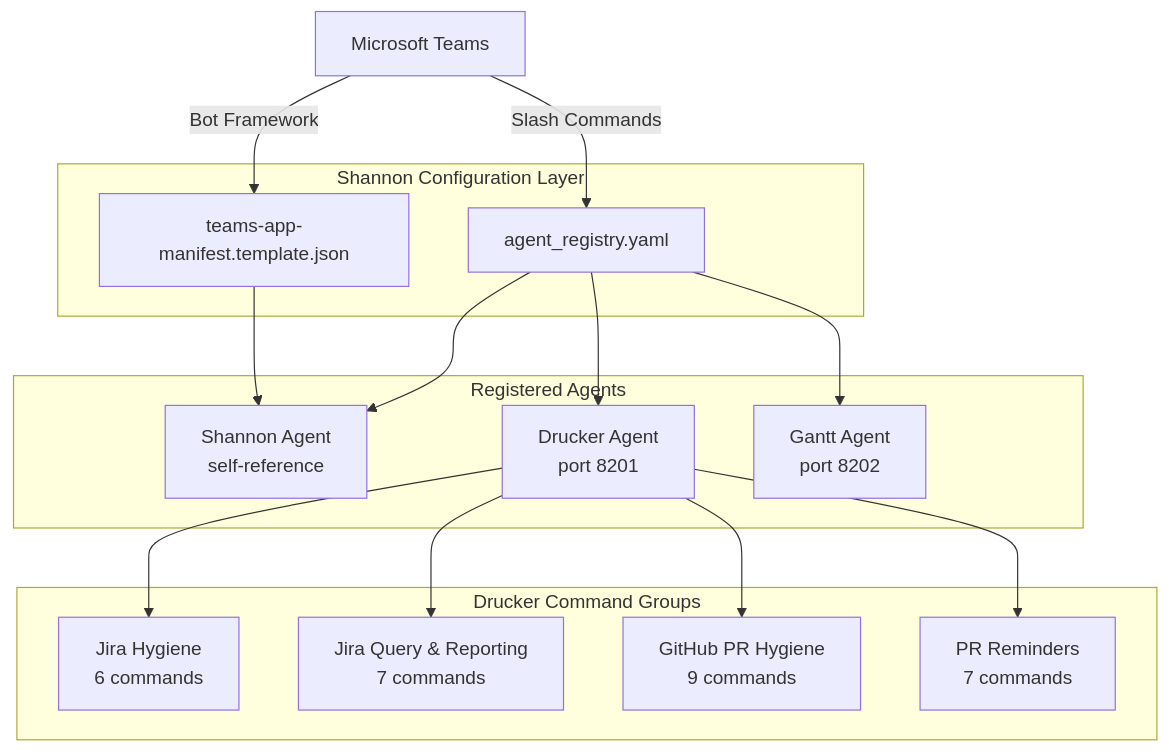
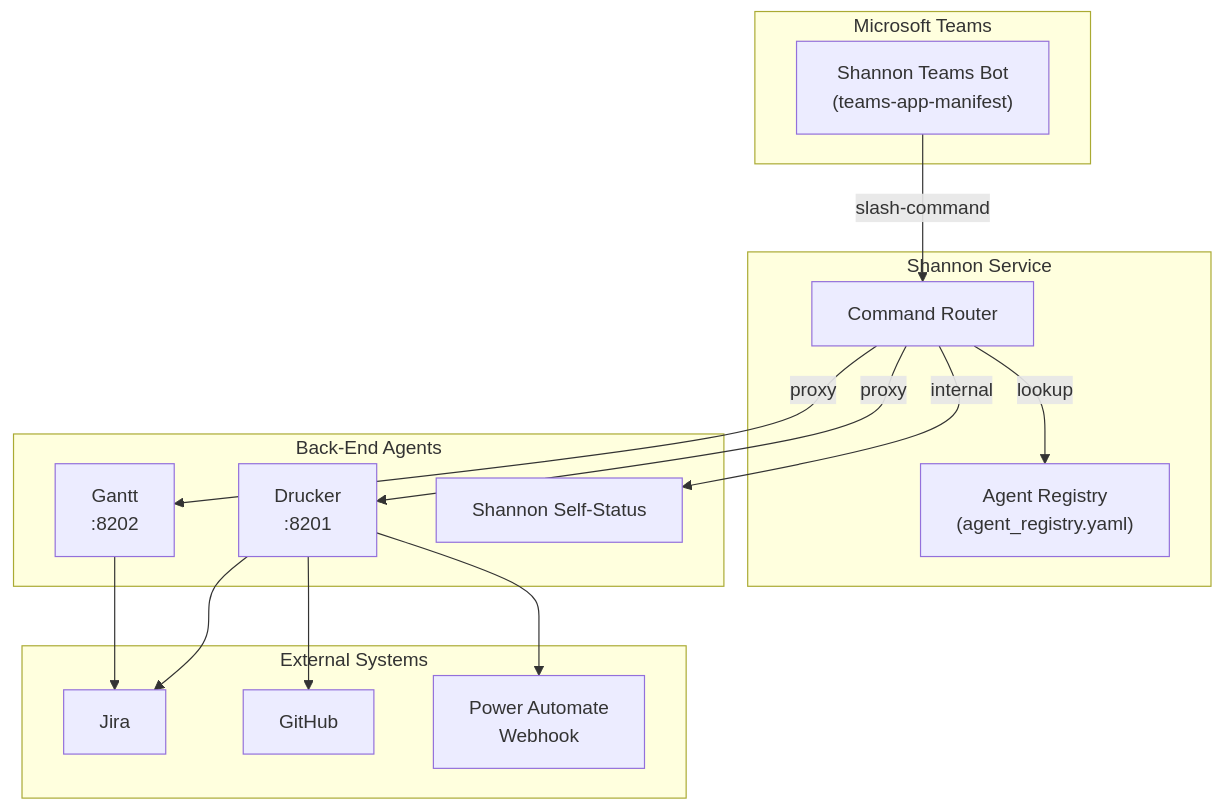
Before and after one commit to jmac-cornelis/agent-workforce: the first of 4 diagrams in docs/config-shannon.md, drawn with Mermaid. The commit also changed other lines of this file and 7 other files, not shown here.

````diff
--- a/docs/config-shannon.md
+++ b/docs/config-shannon.md
@@ -28,32 +28,33 @@
 ```mermaid
 graph TD
-    subgraph "Shannon Configuration Layer"
-        AR[agent_registry.yaml]
-        TM[teams-app-manifest.template.json]
+    subgraph "Microsoft Teams"
+        TeamsBot["Shannon Teams Bot<br/>(teams-app-manifest)"]
     end
 
-    subgraph "Registered Agents"
-        SA[Shannon Agent<br/>self-reference]
-        DA[Drucker Agent<br/>port 8201]
-        GA[Gantt Agent<br/>port 8202]
+    subgraph "Shannon Service"
+        Router["Command Router"]
+        Registry["Agent Registry<br/>(agent_registry.yaml)"]
     end
 
-    subgraph "Drucker Command Groups"
-        JH[Jira Hygiene<br/>6 commands]
-        JQ[Jira Query & Reporting<br/>7 commands]
-        GH[GitHub PR Hygiene<br/>9 commands]
-        PR[PR Reminders<br/>7 commands]
+    subgraph "Back-End Agents"
+        Drucker["Drucker<br/>:8201"]
+        Gantt["Gantt<br/>:8202"]
+        ShannonSelf["Shannon Self-Status"]
     end
 
-    AR --> SA
-    AR --> DA
-    AR --> GA
-    DA --> JH
-    DA --> JQ
-    DA --> GH
-    DA --> PR
-    TM --> SA
+    subgraph "External Systems"
+        Jira["Jira"]
+        GitHub["GitHub"]
+        PowerAutomate["Power Automate<br/>Webhook"]
+    end
 
-    Teams[Microsoft Teams] -->|Bot Framework| TM
-    Teams -->|Slash Commands| AR
+    TeamsBot -->|slash-command| Router
+    Router -->|lookup| Registry
+    Router -->|proxy| Drucker
+    Router -->|proxy| Gantt
+    Router -->|internal| ShannonSelf
+    Drucker --> Jira
+    Drucker --> GitHub
+    Drucker --> PowerAutomate
+    Gantt --> Jira
 ```
````
